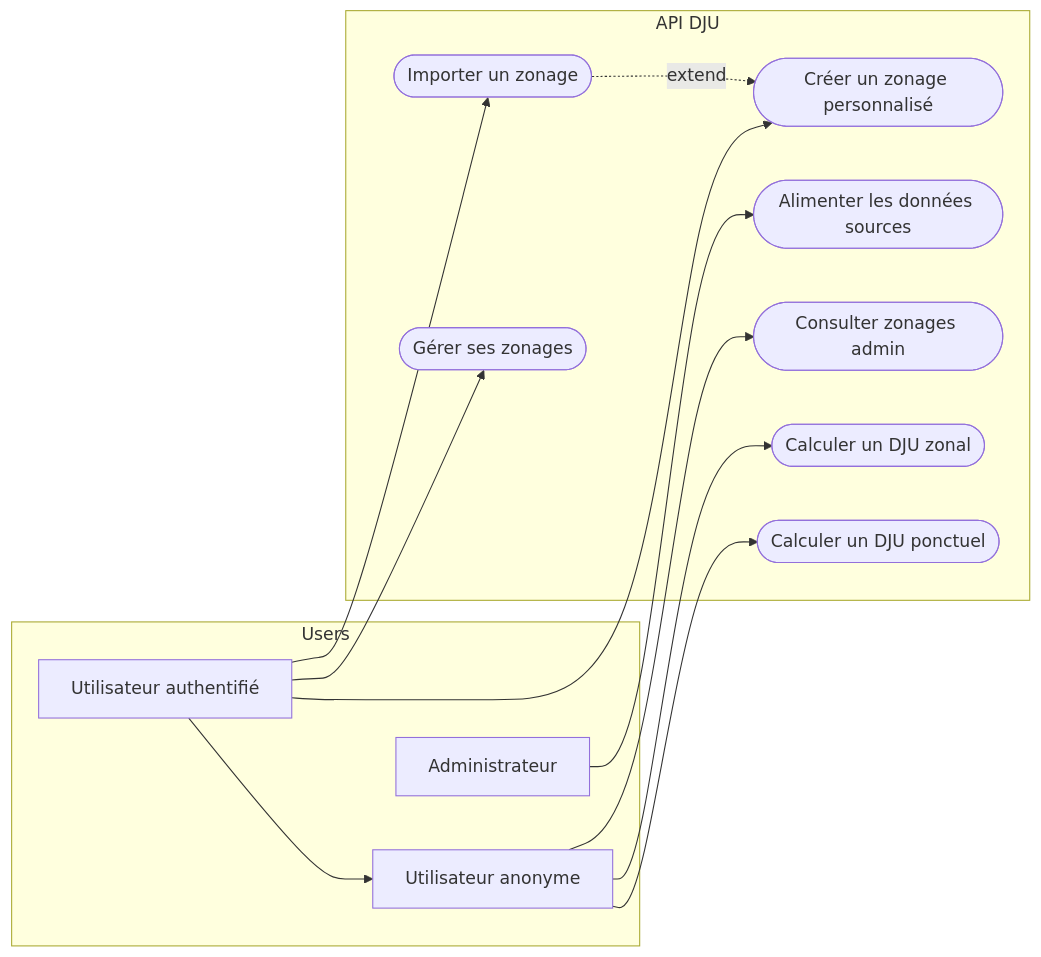
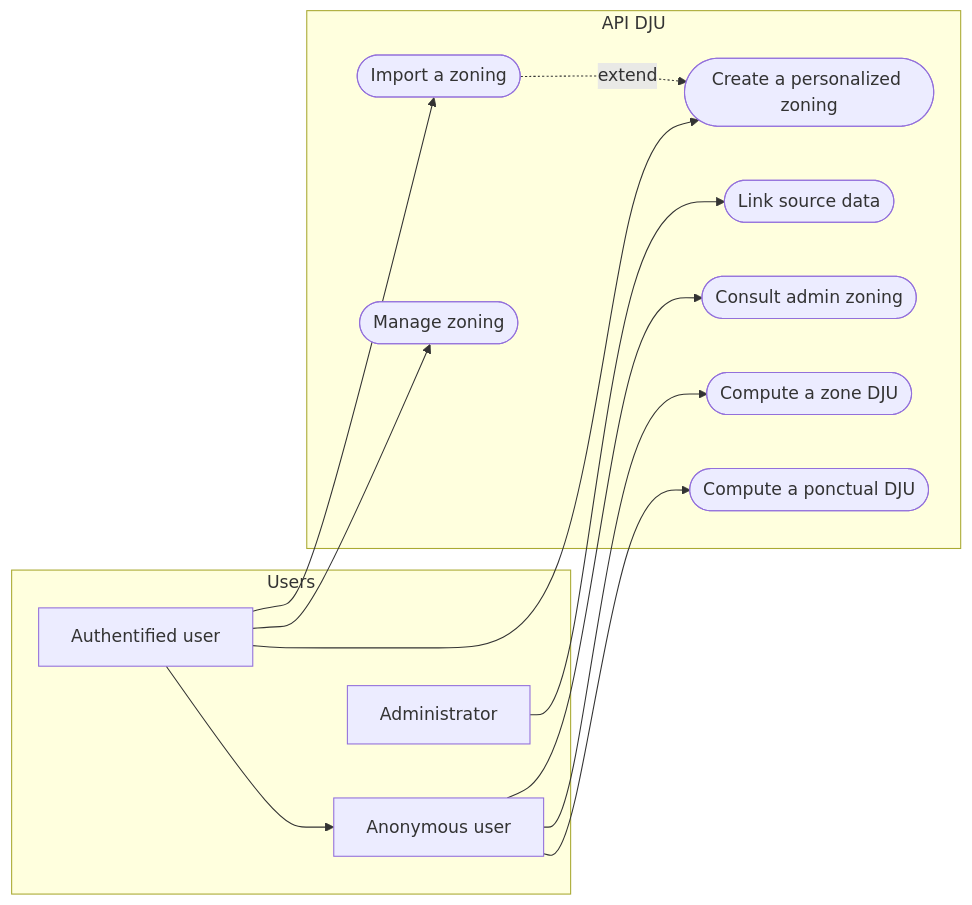
One commit to gabriel-dahan/ensai-it-project-2a-team12 changed the diagram in doc/use_case_diagram.md. Above: the diagram before and after it, drawn with Mermaid.

Commit message:
Translated to english

````diff
--- a/doc/use_case_diagram.md
+++ b/doc/use_case_diagram.md
@@ -1,32 +1,32 @@
 ```mermaid
 flowchart LR
   subgraph Users
-    Anonyme["Utilisateur anonyme"]
-    Authentifie["Utilisateur authentifié"]
-    Admin["Administrateur"]
+    Anonyme["Anonymous user"]
+    Authentifie["Authentified user"]
+    Admin["Administrator"]
   end
 
   Authentifie --> Anonyme
 
   subgraph API_DJU["API DJU"]
-    UC1(["Calculer un DJU ponctuel"])
-    UC2(["Calculer un DJU zonal"])
-    UC3(["Consulter zonages admin"])
-    UC4(["Créer un zonage personnalisé"])
-    UC5(["Gérer ses zonages"])
-    UC6(["Importer un zonage"])
-    UC7(["Alimenter les données sources"])
+    UC1(["Compute a ponctual DJU"])
+    UC2(["Compute a zone DJU"])
+    UC3(["Consult admin zoning"])
+    UC4(["Create a personalized zoning"])
+    UC5(["Manage zoning"])
+    UC6(["Import a zoning"])
+    UC7(["Link source data"])
   end
 
   Anonyme --> UC1
   Anonyme --> UC2
   Anonyme --> UC3
 
   Authentifie --> UC4
   Authentifie --> UC5
   Authentifie --> UC6
 
   Admin --> UC7
 
   UC6 -.->|extend| UC4
 ```
````
